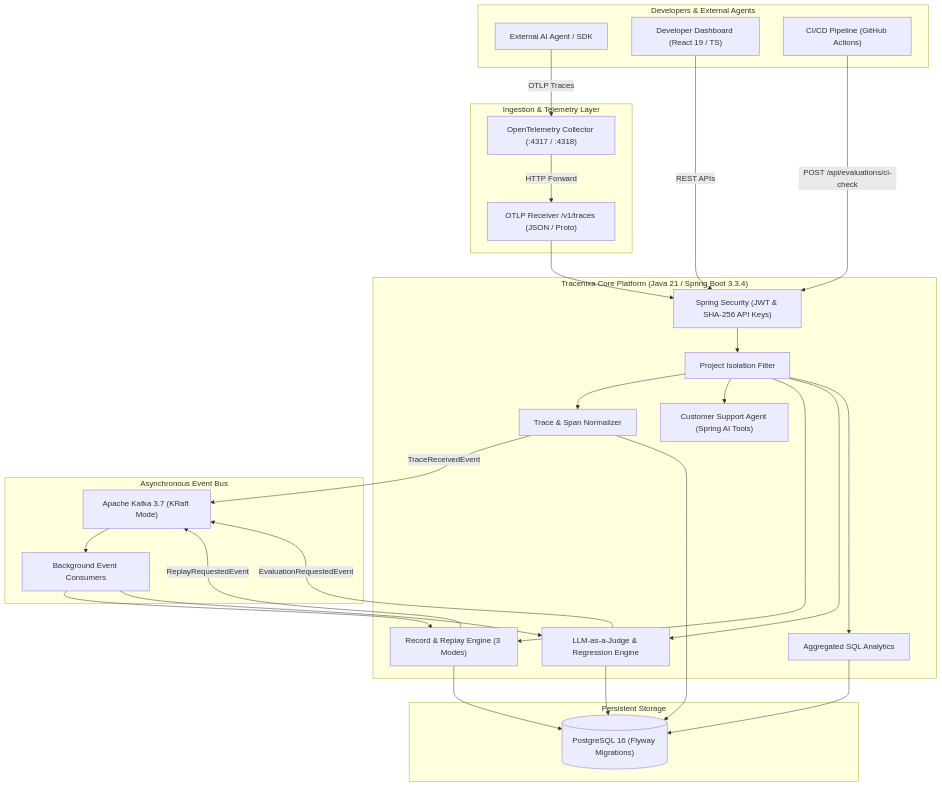
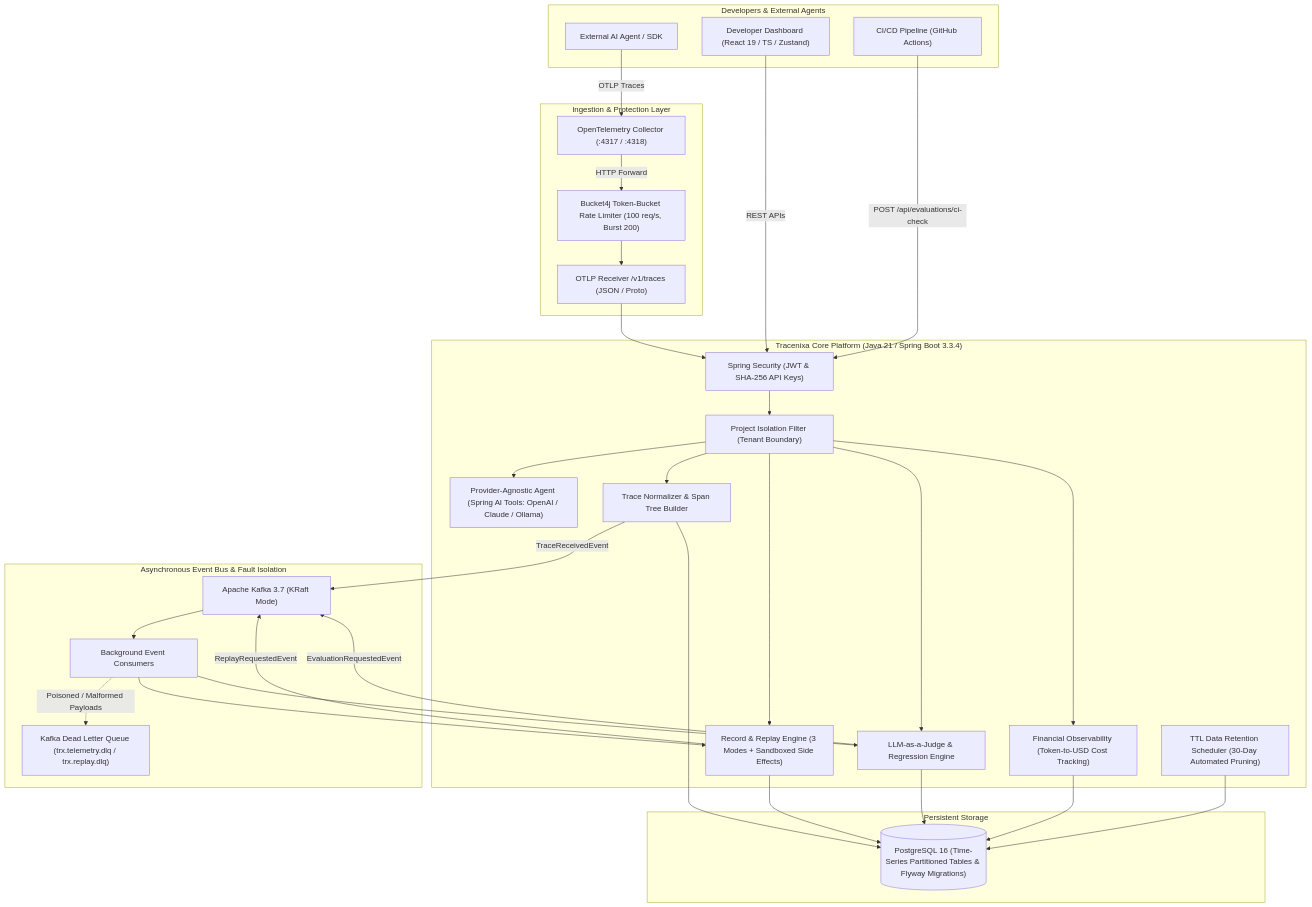
The diagram in README.md (Doves788/Tracenixa), drawn with Mermaid before and after one commit. The commit also changed other lines of this file and 12 other files, not shown here.

Commit message:
feat(arch): enhance enterprise architectural patterns, Bucket4j rate limiter, Kafka DLQ, TTL data retention, Zustand store, and comprehensive README documentation

````diff
--- a/README.md
+++ b/README.md
@@ -20,58 +22,64 @@
 ```mermaid
 flowchart TD
     subgraph Clients["Developers & External Agents"]
         AgentClient["External AI Agent / SDK"]
-        BrowserUI["Developer Dashboard (React 19 / TS)"]
+        BrowserUI["Developer Dashboard (React 19 / TS / Zustand)"]
         CIPipeline["CI/CD Pipeline (GitHub Actions)"]
     end
 
-    subgraph Ingestion["Ingestion & Telemetry Layer"]
+    subgraph Ingestion["Ingestion & Protection Layer"]
         OtelCol["OpenTelemetry Collector (:4317 / :4318)"]
+        RateLimiter["Bucket4j Token-Bucket Rate Limiter (100 req/s, Burst 200)"]
         OTLPEndpoint["OTLP Receiver /v1/traces (JSON / Proto)"]
     end
 
     subgraph Backend["Tracenixa Core Platform (Java 21 / Spring Boot 3.3.4)"]
         Security["Spring Security (JWT & SHA-256 API Keys)"]
-        IsolationFilter["Project Isolation Filter"]
-        AgentWorkflow["Customer Support Agent (Spring AI Tools)"]
-        TraceEngine["Trace & Span Normalizer"]
-        ReplayEngine["Record & Replay Engine (3 Modes)"]
+        IsolationFilter["Project Isolation Filter (Tenant Boundary)"]
+        AgentWorkflow["Provider-Agnostic Agent (Spring AI Tools: OpenAI / Claude / Ollama)"]
+        TraceEngine["Trace Normalizer & Span Tree Builder"]
+        ReplayEngine["Record & Replay Engine (3 Modes + Sandboxed Side Effects)"]
         EvalEngine["LLM-as-a-Judge & Regression Engine"]
-        AnalyticsEngine["Aggregated SQL Analytics"]
+        AnalyticsEngine["Financial Observability (Token-to-USD Cost Tracking)"]
+        RetentionWorker["TTL Data Retention Scheduler (30-Day Automated Pruning)"]
     end
 
-    subgraph AsyncBus["Asynchronous Event Bus"]
+    subgraph AsyncBus["Asynchronous Event Bus & Fault Isolation"]
         Kafka["Apache Kafka 3.7 (KRaft Mode)"]
         Worker["Background Event Consumers"]
+        DLQ["Kafka Dead Letter Queue (trx.telemetry.dlq / trx.replay.dlq)"]
     end
 
     subgraph Storage["Persistent Storage"]
-        Postgres[("PostgreSQL 16 (Flyway Migrations)")]
+        Postgres[("PostgreSQL 16 (Time-Series Partitioned Tables & Flyway Migrations)")]
     end
 
     AgentClient -->|OTLP Traces| OtelCol
-    OtelCol -->|HTTP Forward| OTLPEndpoint
+    OtelCol -->|HTTP Forward| RateLimiter
+    RateLimiter --> OTLPEndpoint
     OTLPEndpoint --> Security
     BrowserUI -->|REST APIs| Security
     CIPipeline -->|POST /api/evaluations/ci-check| Security
 
     Security --> IsolationFilter
     IsolationFilter --> TraceEngine
     IsolationFilter --> AgentWorkflow
     IsolationFilter --> ReplayEngine
     IsolationFilter --> EvalEngine
     IsolationFilter --> AnalyticsEngine
 
     TraceEngine -->|TraceReceivedEvent| Kafka
     ReplayEngine -->|ReplayRequestedEvent| Kafka
     EvalEngine -->|EvaluationRequestedEvent| Kafka
 
     Kafka --> Worker
     Worker --> ReplayEngine
     Worker --> EvalEngine
+    Worker -.->|Poisoned / Malformed Payloads| DLQ
 
     TraceEngine --> Postgres
     ReplayEngine --> Postgres
     EvalEngine --> Postgres
     AnalyticsEngine --> Postgres
+    RetentionWorker --> Postgres
 ```
````
